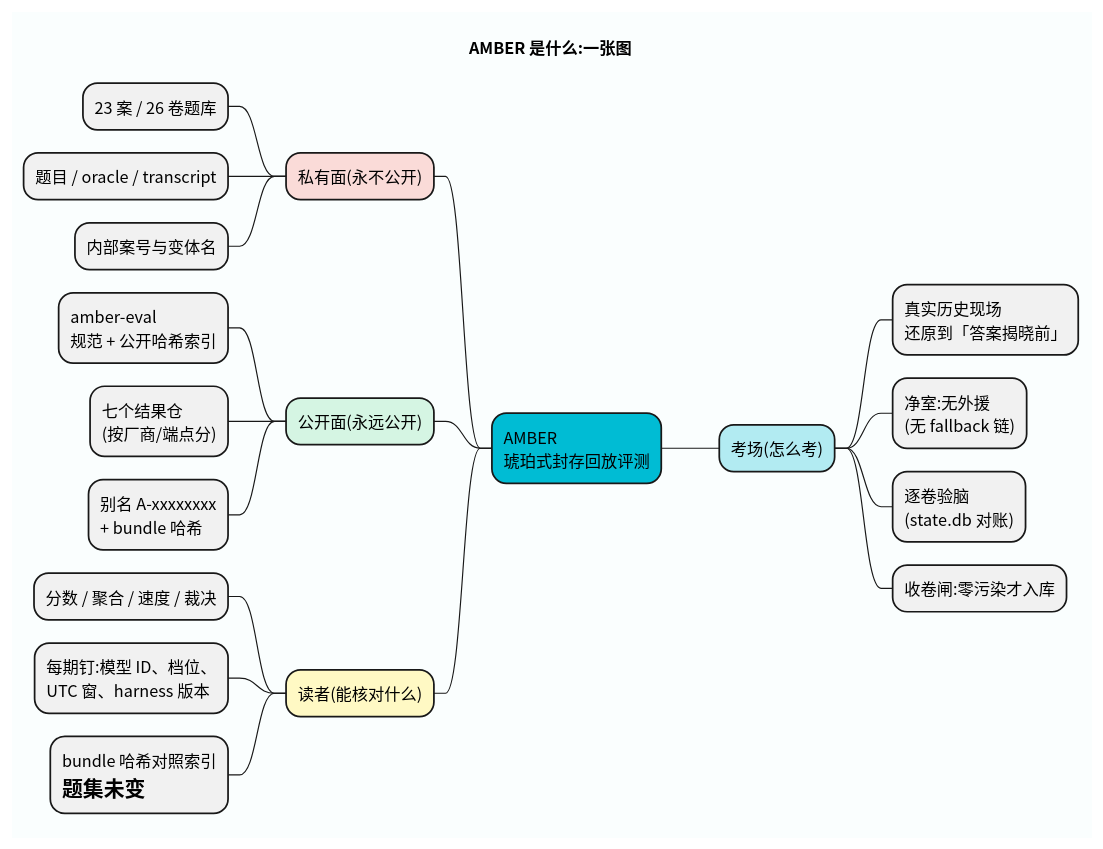
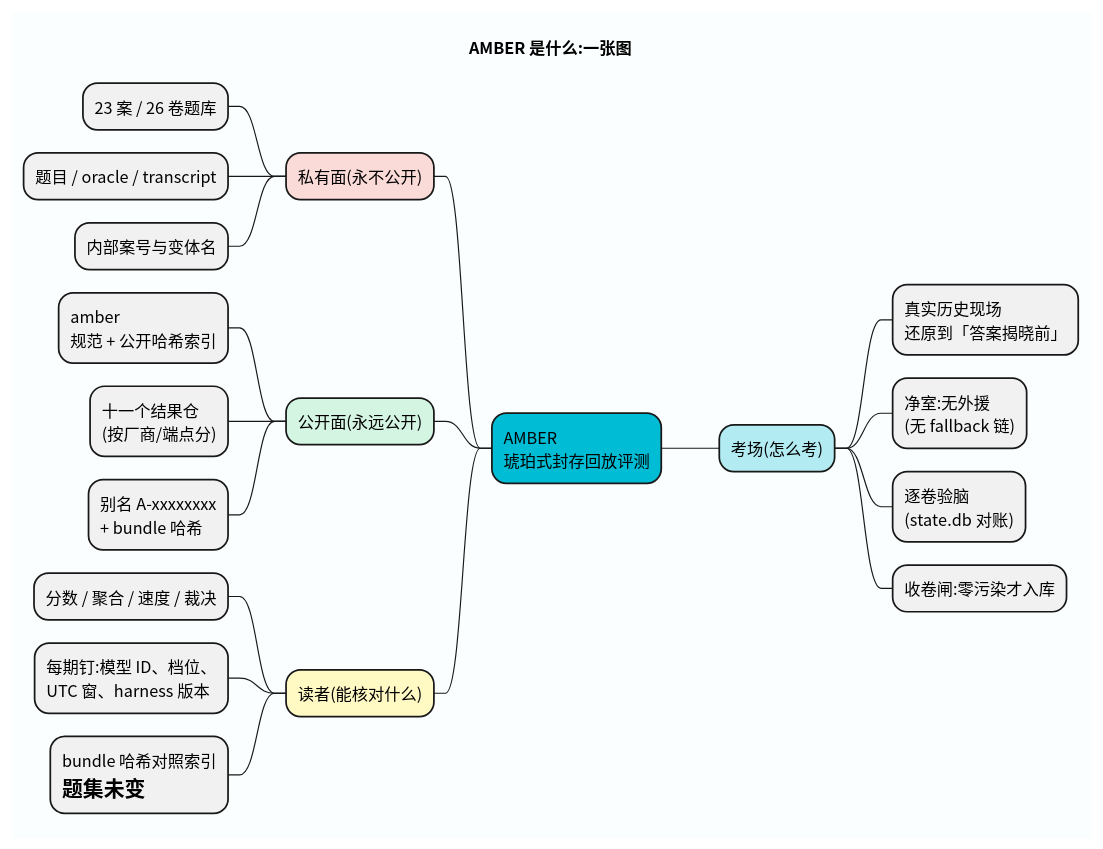
One commit to getaskclaw/amber changed the diagram in docs/images/what-is-amber.puml. Above: the diagram before and after it, drawn with PlantUML. The commit also changed 33 other files, not shown here.

Commit message:
repo hygiene: fix stale counts (7→11 result repos in what-is-amber zh/en, ×9→×11 headers), retitle board chart (当前总榜·五个名次档), de-collide effort-curve labels (per-series text layers), drop 20 superseded image files (top3-w37/w38, matrix-4/5/6way)

```diff
--- a/docs/images/what-is-amber.puml
+++ b/docs/images/what-is-amber.puml
@@ -1,25 +1,25 @@
 @startmindmap
 skinparam backgroundColor #FAFEFE
 skinparam defaultFontName "Noto Sans CJK SC"
 skinparam shadowing false
 title AMBER 是什么:一张图
 *[#00BCD4] AMBER\n琥珀式封存回放评测
 **[#B2EBF2] 考场(怎么考)
 *** 真实历史现场\n还原到「答案揭晓前」
 *** 净室:无外援\n(无 fallback 链)
 *** 逐卷验脑\n(state.db 对账)
 *** 收卷闸:零污染才入库
 left side
 **[#FADBD8] 私有面(永不公开)
 *** 23 案 / 26 卷题库
 *** 题目 / oracle / transcript
 *** 内部案号与变体名
 **[#D5F5E3] 公开面(永远公开)
-*** amber-eval\n规范 + 公开哈希索引
-*** 七个结果仓\n(按厂商/端点分)
+*** amber\n规范 + 公开哈希索引
+*** 十一个结果仓\n(按厂商/端点分)
 *** 别名 A-xxxxxxxx\n+ bundle 哈希
 **[#FFF9C4] 读者(能核对什么)
 *** 分数 / 聚合 / 速度 / 裁决
 *** 每期钉:模型 ID、档位、\nUTC 窗、harness 版本
 *** bundle 哈希对照索引\n= 题集未变
 @endmindmap
```
